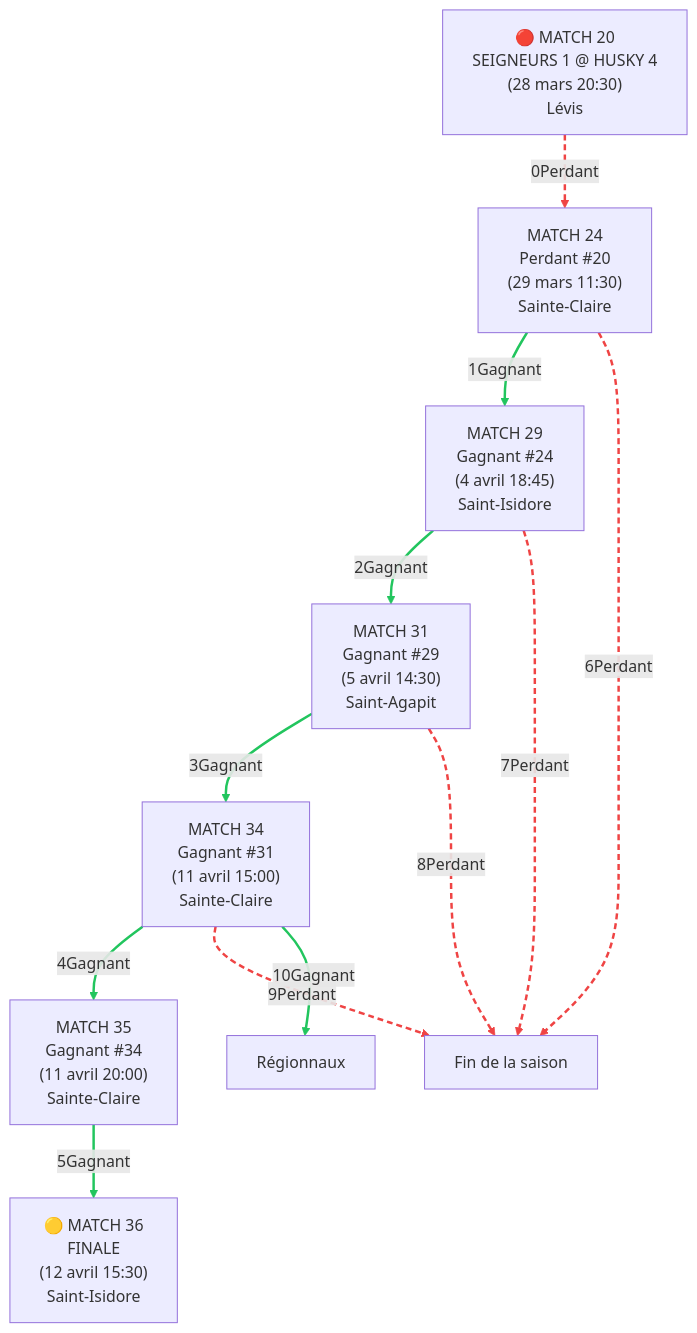
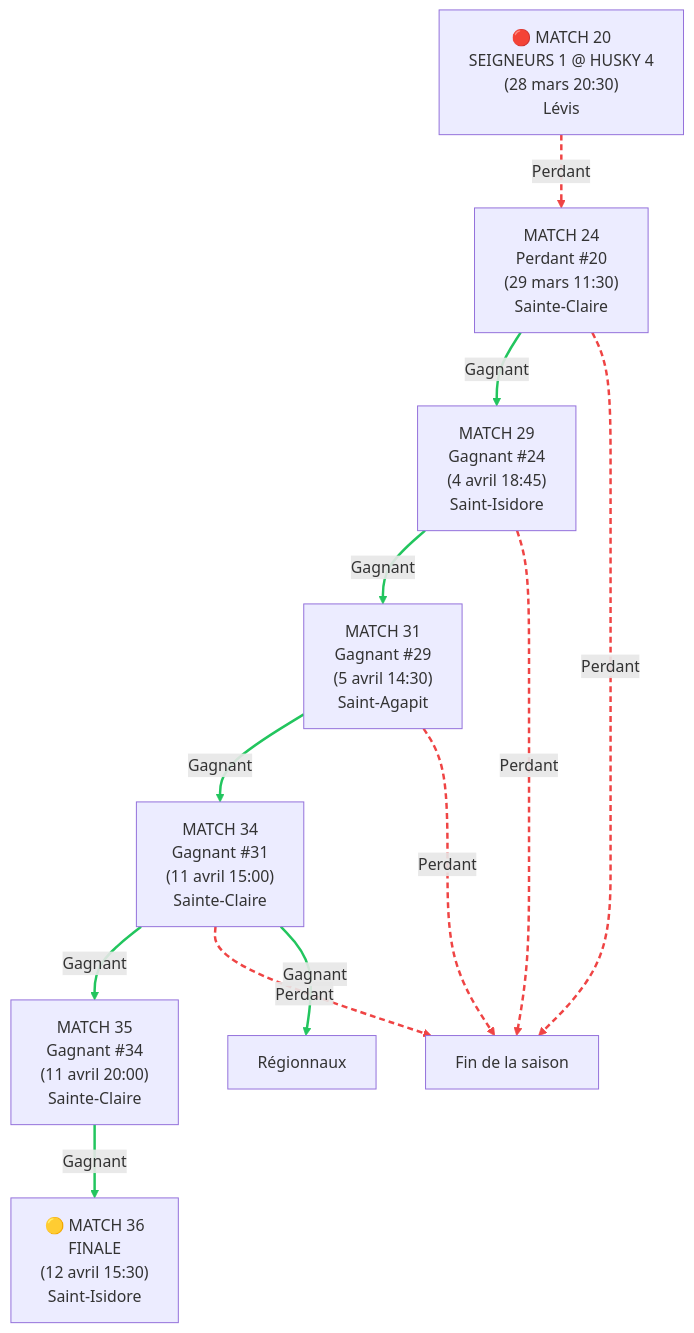
One commit to voltogyre/horaire-serie-2026 changed the first of 2 diagrams in README.md. Above: the diagram before and after it, drawn with Mermaid.

````diff
--- a/README.md
+++ b/README.md
@@ -14,20 +14,20 @@
 ```mermaid
 graph TD
     A["🔴 MATCH 20<br/>SEIGNEURS 1 @ HUSKY 4<br/>(28 mars 20:30)<br/>Lévis"] 
-    A -->|0Perdant| C["MATCH 24<br/>Perdant #20<br/>(29 mars 11:30)<br/>Sainte-Claire"]
-    C -->|1Gagnant| F["MATCH 29<br/>Gagnant #24<br/>(4 avril 18:45)<br/>Saint-Isidore"]
-    F -->|2Gagnant| G["MATCH 31<br/>Gagnant #29<br/>(5 avril 14:30)<br/>Saint-Agapit"]
-    G -->|3Gagnant| H["MATCH 34<br/>Gagnant #31<br/>(11 avril 15:00)<br/>Sainte-Claire"]
-    H -->|4Gagnant| J["MATCH 35<br/>Gagnant #34<br/>(11 avril 20:00)<br/>Sainte-Claire"]
-    J -->|5Gagnant| I["🟡 MATCH 36<br/>FINALE<br/>(12 avril 15:30)<br/>Saint-Isidore"]
-    C -->|6Perdant| K["Fin de la saison"]
-    F -->|7Perdant| K["Fin de la saison"]
-    G -->|8Perdant| K["Fin de la saison"]
-    H -->|9Perdant| K["Fin de la saison"]
-    H -->|10Gagnant| L["Régionnaux"]
+    A -->|Perdant| C["MATCH 24<br/>Perdant #20<br/>(29 mars 11:30)<br/>Sainte-Claire"]
+    C -->|Gagnant| F["MATCH 29<br/>Gagnant #24<br/>(4 avril 18:45)<br/>Saint-Isidore"]
+    F -->|Gagnant| G["MATCH 31<br/>Gagnant #29<br/>(5 avril 14:30)<br/>Saint-Agapit"]
+    G -->|Gagnant| H["MATCH 34<br/>Gagnant #31<br/>(11 avril 15:00)<br/>Sainte-Claire"]
+    H -->|Gagnant| J["MATCH 35<br/>Gagnant #34<br/>(11 avril 20:00)<br/>Sainte-Claire"]
+    J -->|Gagnant| I["🟡 MATCH 36<br/>FINALE<br/>(12 avril 15:30)<br/>Saint-Isidore"]
+    C -->|Perdant| K["Fin de la saison"]
+    F -->|Perdant| K["Fin de la saison"]
+    G -->|Perdant| K["Fin de la saison"]
+    H -->|Perdant| K["Fin de la saison"]
+    H -->|Gagnant| L["Régionnaux"]
 
     linkStyle 1,2,3,4,5,10 stroke:#22c55e,stroke-width:2.5px
     linkStyle 0,6,7,8,9 stroke:#ef4444,stroke-width:2.5px,stroke-dasharray:6 4
     
 
 ```
````
